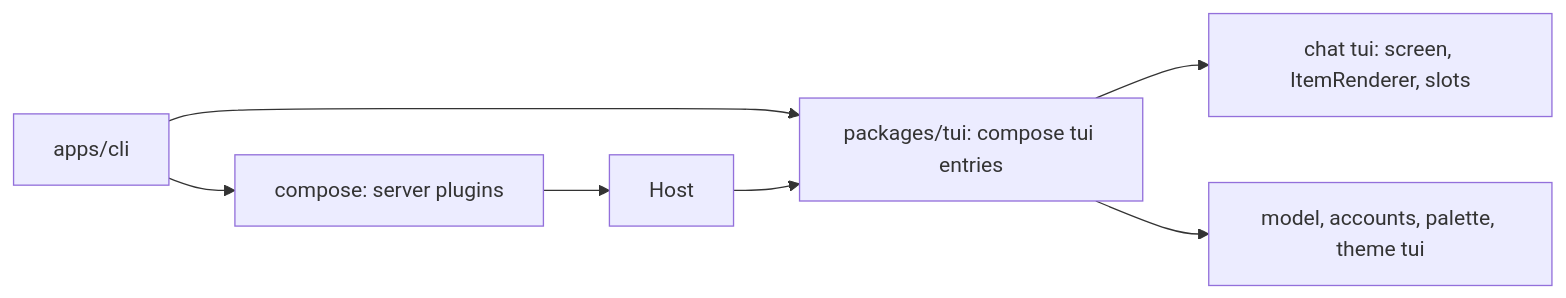
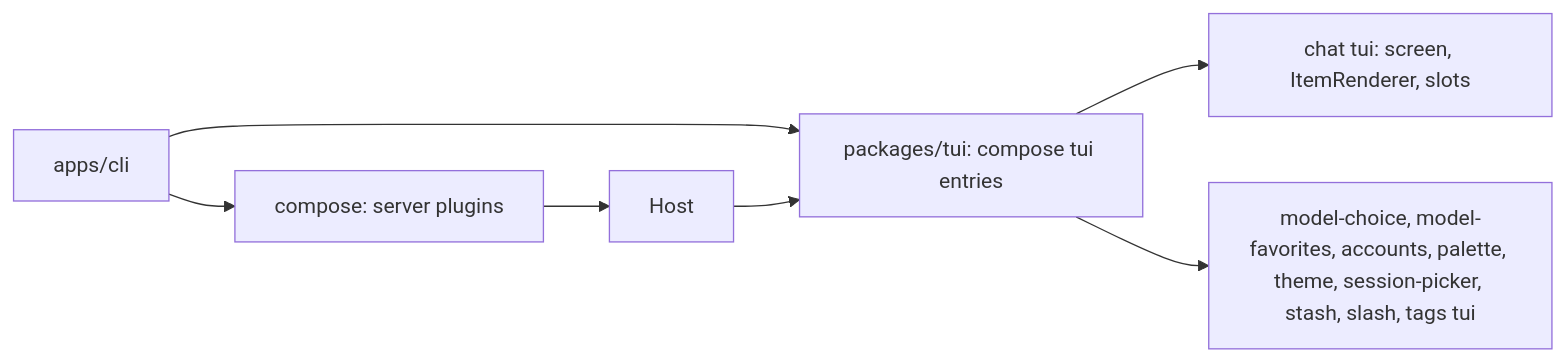
One commit to shanepadgett/liminal changed the first of 6 diagrams in docs/plans/tui.md. Above: the diagram before and after it, drawn with Mermaid. The commit also changed other lines of this file and 4 other files, not shown here.

Commit message:
docs(tui): plan commands, pickers, and session workflows

````diff
--- a/docs/plans/tui.md
+++ b/docs/plans/tui.md
@@ -81,9 +81,9 @@
 ```mermaid
 flowchart LR
   cli[apps/cli] --> server[compose: server plugins]
   cli --> tui[packages/tui: compose tui entries]
   server --> host[Host]
   host --> tui
   tui --> chat[chat tui: screen, ItemRenderer, slots]
-  tui --> others[model, accounts, palette, theme tui]
+  tui --> others[model-choice, model-favorites, accounts, palette, theme, session-picker, stash, slash, tags tui]
 ```
````
